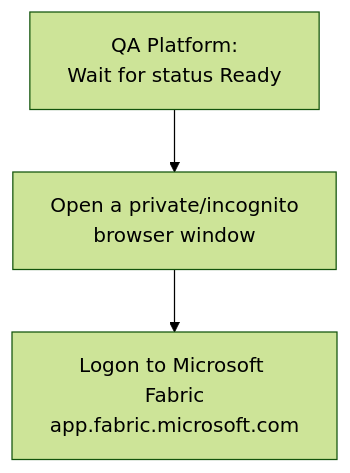
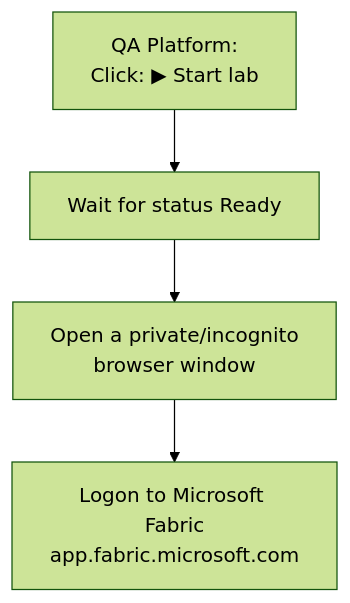
The diagram in docs/labs/run-locally.md (qaalabs/DE5M6), drawn with Mermaid (forest theme) before and after one commit. The commit also changed other lines of this file, not shown here.

````diff
--- a/docs/labs/run-locally.md
+++ b/docs/labs/run-locally.md
@@ -1,8 +1,9 @@
 ```mermaid
 flowchart TD
-    A["QA Platform:<br/>Wait for status Ready"]
+    S["QA Platform:<br/>Click: ▶ Start lab"]
+    A["Wait for status Ready"]
     B["Open a private/incognito<br/>browser window"]
     C["Logon to Microsoft Fabric<br/>app.fabric.microsoft.com"]
 
-    A --> B --> C
+    S --> A --> B --> C
 ```
````
